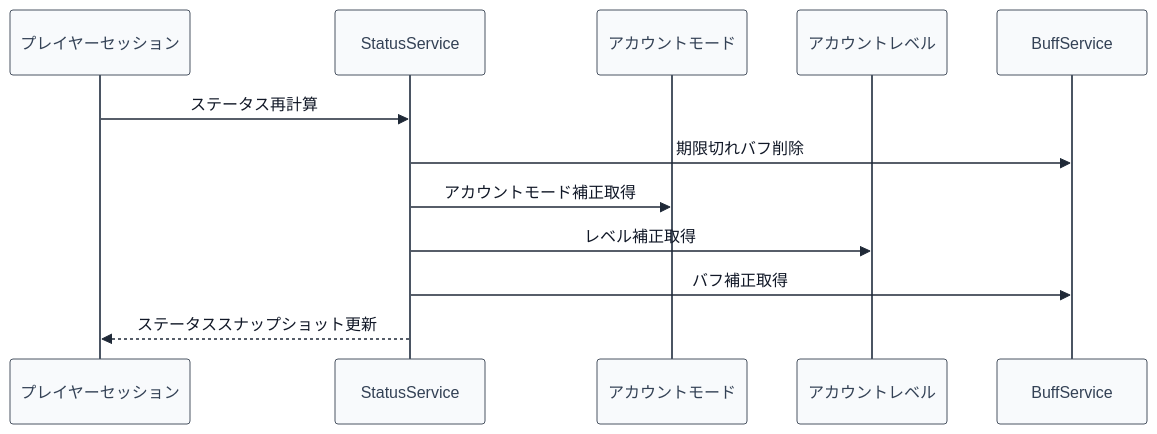
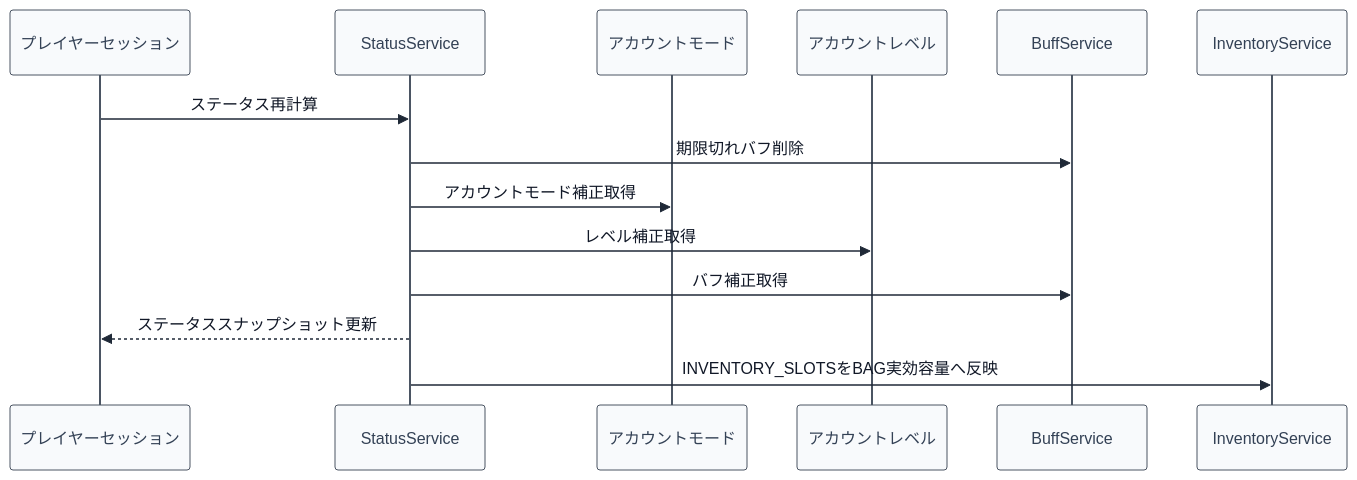
The diagram in 00_docs/10_Plugin設計書/feature/07-status/4-統合フロー/07_4.00-統合フロー.md (maaasu/AstralRecord-Workspace), drawn with Mermaid before and after one commit. The commit also changed other lines of this file and 19 other files, not shown here.

````diff
--- a/00_docs/10_Plugin設計書/feature/07-status/4-統合フロー/07_4.00-統合フロー.md
+++ b/00_docs/10_Plugin設計書/feature/07-status/4-統合フロー/07_4.00-統合フロー.md
@@ -5,16 +5,18 @@
 ```mermaid
 %%{init: {"theme": "base", "themeVariables": {"lineColor": "#1f2937", "signalColor": "#1f2937", "signalTextColor": "#111827", "actorBkg": "#f8fafc", "actorBorder": "#4b5563", "actorTextColor": "#334155", "labelBoxBkgColor": "#ffffff", "labelBoxBorderColor": "#374151", "labelTextColor": "#111827"}}}%%
 sequenceDiagram
     participant P as プレイヤーセッション
     participant S as StatusService
     participant A as アカウントモード
     participant L as アカウントレベル
     participant B as BuffService
+    participant I as InventoryService
 
     P->>S: ステータス再計算
     S->>B: 期限切れバフ削除
     S->>A: アカウントモード補正取得
     S->>L: レベル補正取得
     S->>B: バフ補正取得
     S-->>P: ステータススナップショット更新
+    S->>I: INVENTORY_SLOTSをBAG実効容量へ反映
 ```
````
